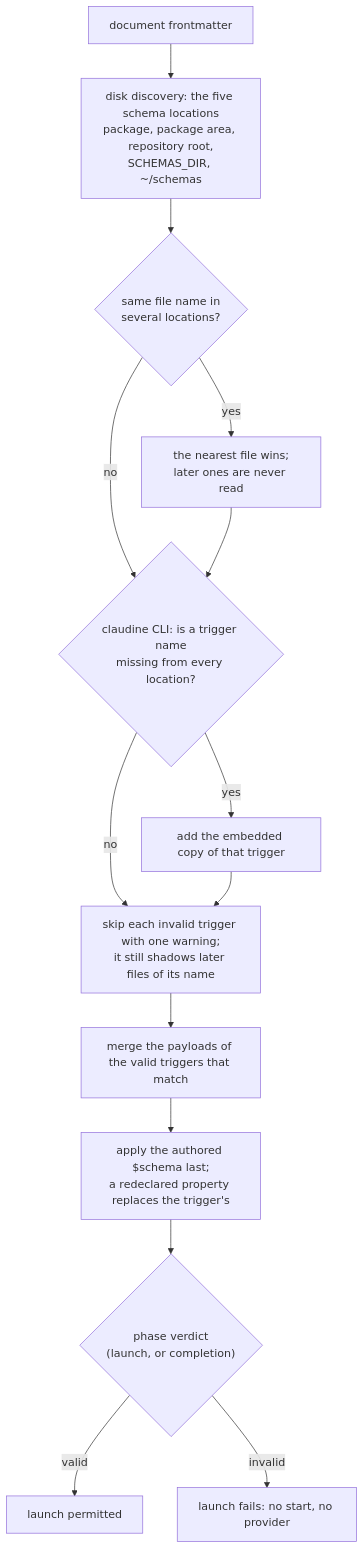
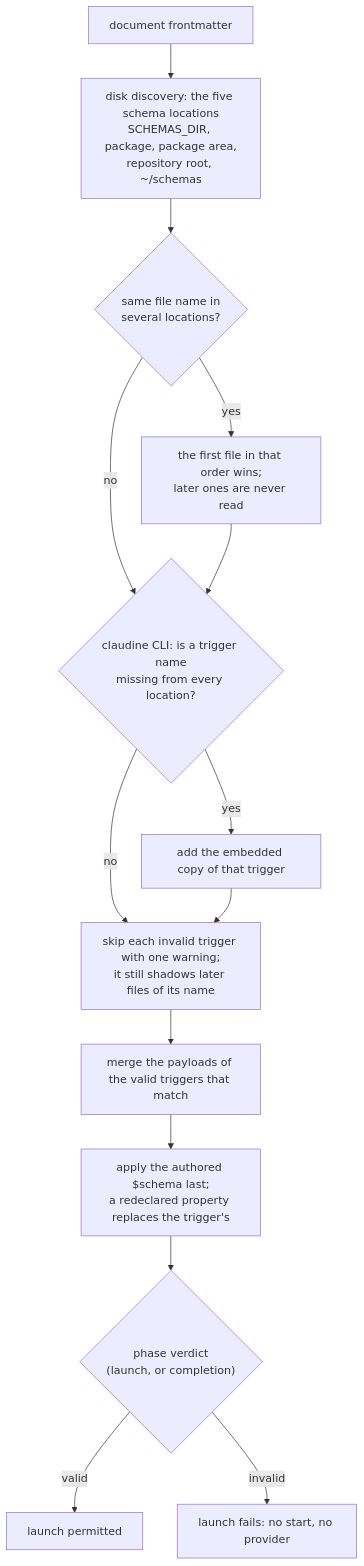
The third of 4 diagrams in claudine/docs/topics/schemas.md (yankeeinlondon/rusty-biscuit), drawn with Mermaid before and after one commit. The commit also changed other lines of this file and 6 other files, not shown here.

First line of the commit message:
docs(claudine): update provider and schema guidance

````diff
--- a/claudine/docs/topics/schemas.md
+++ b/claudine/docs/topics/schemas.md
@@ -984,16 +984,16 @@
 ```mermaid
 flowchart TD
-    D["document frontmatter"] --> R["disk discovery: the five schema locations<br/>package, package area, repository root,<br/>SCHEMAS_DIR, ~/schemas"]
+    D["document frontmatter"] --> R["disk discovery: the five schema locations<br/>SCHEMAS_DIR, package, package area,<br/>repository root, ~/schemas"]
     R --> S{"same file name in<br/>several locations?"}
-    S -- yes --> N["the nearest file wins;<br/>later ones are never read"]
+    S -- yes --> N["the first file in that order wins;<br/>later ones are never read"]
     S -- no --> M
     N --> M{"claudine CLI: is a trigger name<br/>missing from every location?"}
     M -- yes --> E["add the embedded copy of that trigger"]
     M -- no --> I
     E --> I["skip each invalid trigger with one warning;<br/>it still shadows later files of its name"]
     I --> P["merge the payloads of the valid triggers that match"]
     P --> A["apply the authored $schema last;<br/>a redeclared property replaces the trigger's"]
     A --> V{"phase verdict<br/>(launch, or completion)"}
     V -- valid --> L["launch permitted"]
     V -- invalid --> F["launch fails: no start, no provider"]
 ```
````
